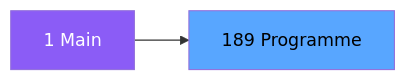
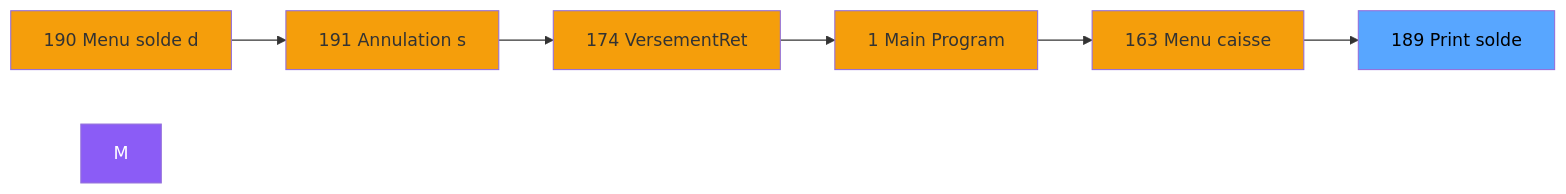
One commit to thonyAGP/magic-migration changed the second of 3 diagrams in .openspec/specs/ADH-IDE-189.md. Above: the diagram before and after it, drawn with Mermaid. The commit also changed other lines of this file and 323 other files, not shown here.

````diff
--- a/.openspec/specs/ADH-IDE-189.md
+++ b/.openspec/specs/ADH-IDE-189.md
@@ -107,8 +126,21 @@
 ```mermaid
 graph LR
-    M[1 Main]
-    T[189 Programme]
-    M --> T
+    N190[190 Menu solde d]
+    N191[191 Annulation s]
+    N174[174 VersementRet]
+    N1[1 Main Program]
+    N163[163 Menu caisse ]
+    T[189 Print solde ]
+    N190 --> N191
+    N191 --> N174
+    N174 --> N1
+    N1 --> N163
+    N163 --> T
     style M fill:#8b5cf6,color:#fff
+    style N190 fill:#f59e0b
+    style N191 fill:#f59e0b
+    style N174 fill:#f59e0b
+    style N1 fill:#f59e0b
+    style N163 fill:#f59e0b
     style T fill:#58a6ff,color:#000
 ```
````
